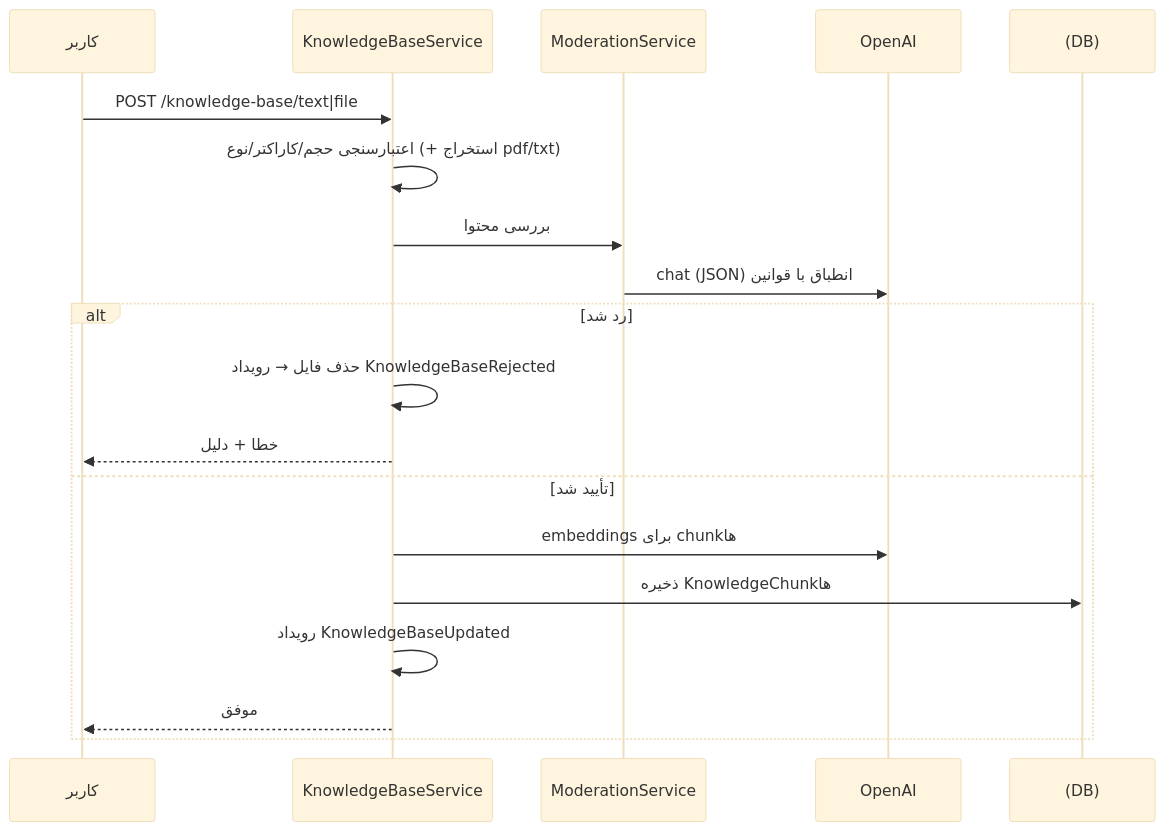
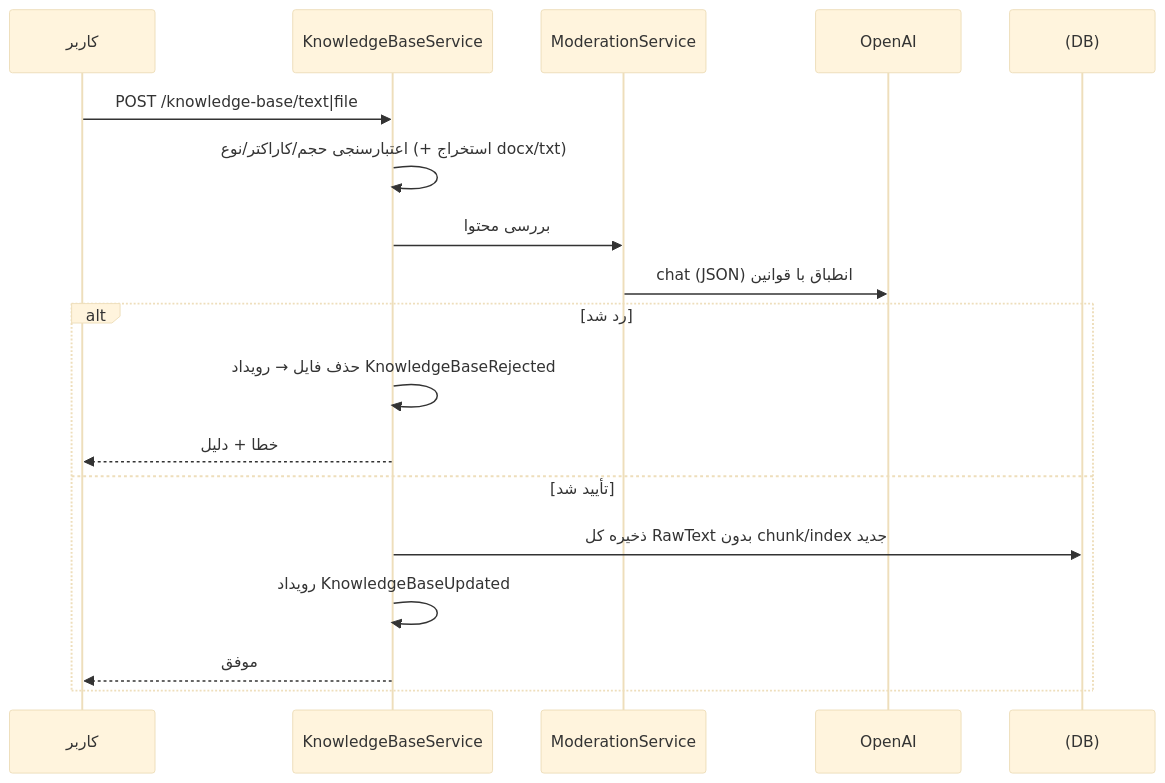
The fifth of 8 diagrams in docs/ARCHITECTURE.md (mohamadkheiry/ArkaCallCenterDemo), drawn with Mermaid (base theme) before and after one commit. The commit also changed other lines of this file and 18 other files, not shown here.

````diff
--- a/docs/ARCHITECTURE.md
+++ b/docs/ARCHITECTURE.md
@@ -237,21 +238,20 @@
 ```mermaid
 sequenceDiagram
     participant U as کاربر
     participant K as KnowledgeBaseService
     participant M as ModerationService
     participant O as OpenAI
     participant D as (DB)
     U->>K: POST /knowledge-base/text|file
-    K->>K: اعتبارسنجی حجم/کاراکتر/نوع (+ استخراج pdf/txt)
+    K->>K: اعتبارسنجی حجم/کاراکتر/نوع (+ استخراج docx/txt)
     K->>M: بررسی محتوا
     M->>O: chat (JSON) انطباق با قوانین
     alt رد شد
       K->>K: حذف فایل → رویداد KnowledgeBaseRejected
       K-->>U: خطا + دلیل
     else تأیید شد
-      K->>O: embeddings برای chunkها
-      K->>D: ذخیره KnowledgeChunkها
+      K->>D: ذخیره کل RawText بدون chunk/index جدید
       K->>K: رویداد KnowledgeBaseUpdated
       K-->>U: موفق
     end
 ```
````
